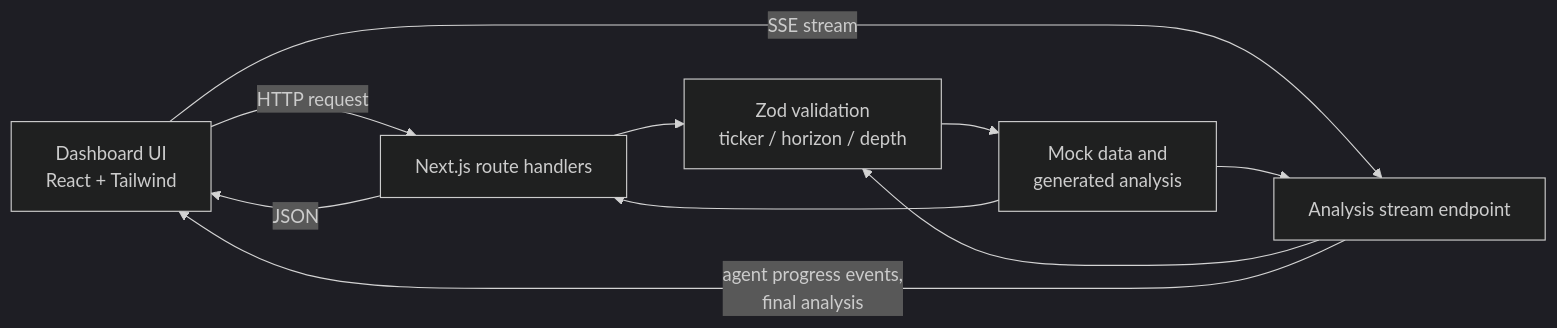
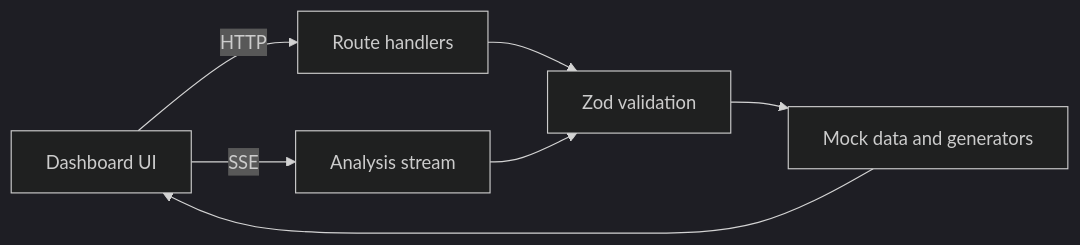
The diagram in README.md (sushantkumaryadav912/arthaya), drawn with Mermaid (dark theme) before and after one commit. The commit also changed other lines of this file, not shown here.

````diff
--- a/README.md
+++ b/README.md
@@ -74,12 +61,9 @@
 ```mermaid
 flowchart LR
-    U[Dashboard UI<br/>React + Tailwind] -->|HTTP request| R[Next.js route handlers]
-    U -->|SSE stream| S[Analysis stream endpoint]
-    R --> V[Zod validation<br/>ticker / horizon / depth]
-    S --> V
-    V --> M[Mock data and<br/>generated analysis]
-    M --> R
-    M --> S
-    R -->|JSON| U
-    S -->|agent progress events,<br/>final analysis| U
+    UI[Dashboard UI] -->|HTTP| API[Route handlers]
+    UI -->|SSE| STREAM[Analysis stream]
+    API --> ZOD[Zod validation]
+    STREAM --> ZOD
+    ZOD --> MOCK[Mock data and generators]
+    MOCK --> UI
 ```
````
